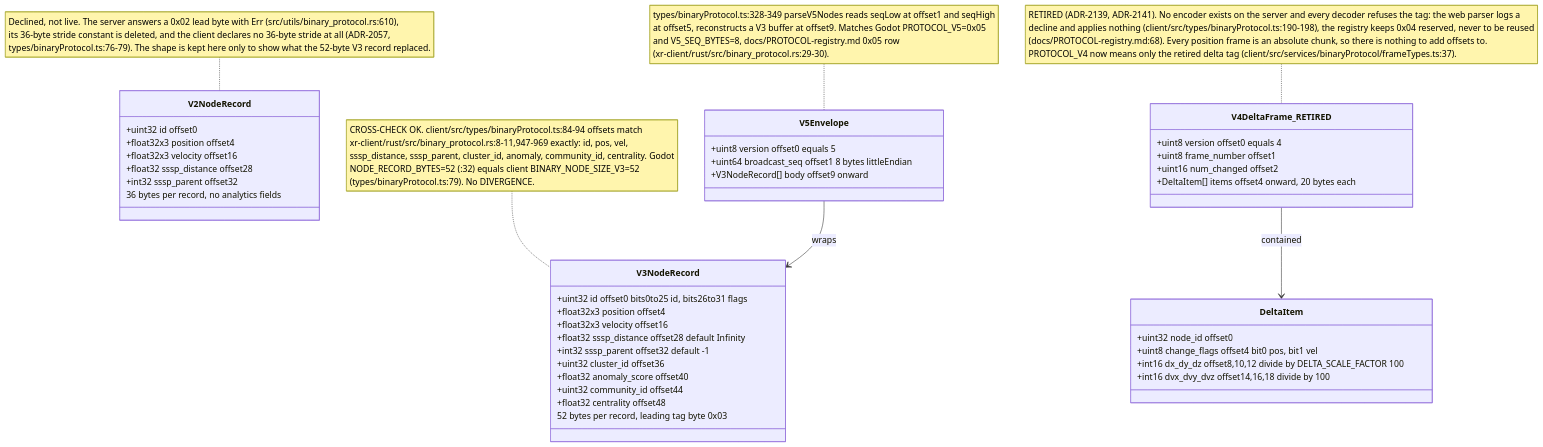
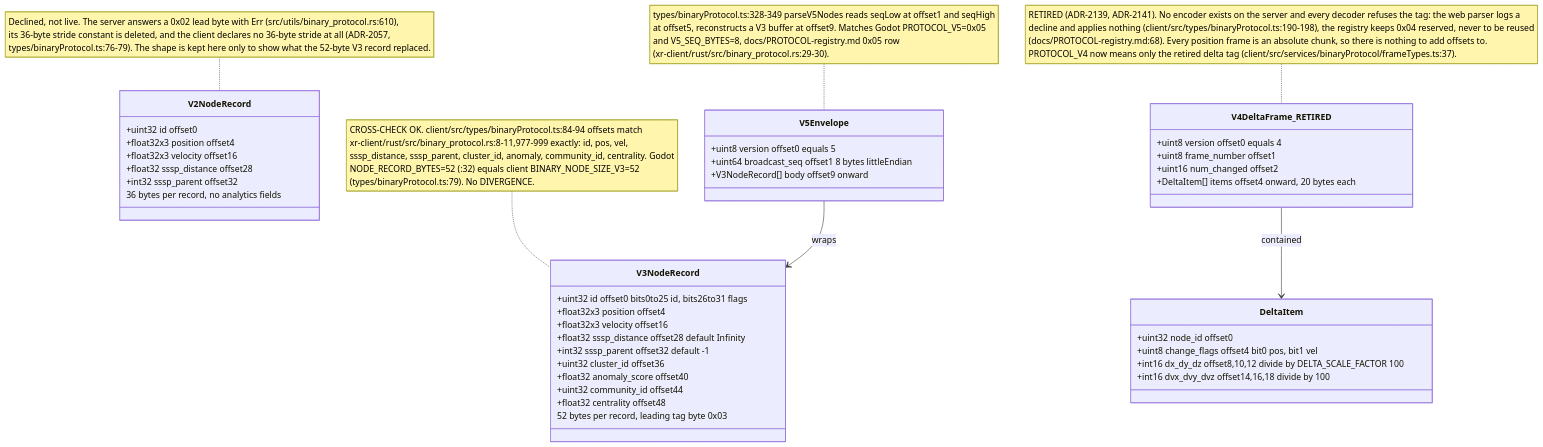
One commit to DreamLab-AI/VisionFlow changed the fifth of 15 diagrams in docs/diagrams/visionclaw/32-client-websocket-and-binary.md. Above: the diagram before and after it, drawn with Mermaid. The commit also changed other lines of this file and 24 other files, not shown here.

Commit message:
docs: align XR liveness, filtering and rendering diagrams (#33)

````diff
--- a/docs/diagrams/visionclaw/32-client-websocket-and-binary.md
+++ b/docs/diagrams/visionclaw/32-client-websocket-and-binary.md
@@ -265,46 +265,46 @@
 ```mermaid
 classDiagram
     class V3NodeRecord {
       +uint32 id  offset0  bits0to25 id, bits26to31 flags
       +float32x3 position  offset4
       +float32x3 velocity  offset16
       +float32 sssp_distance  offset28  default Infinity
       +int32 sssp_parent  offset32  default -1
       +uint32 cluster_id  offset36
       +float32 anomaly_score  offset40
       +uint32 community_id  offset44
       +float32 centrality  offset48
       52 bytes per record, leading tag byte 0x03
     }
     class V2NodeRecord {
       +uint32 id  offset0
       +float32x3 position  offset4
       +float32x3 velocity  offset16
       +float32 sssp_distance  offset28
       +int32 sssp_parent  offset32
       36 bytes per record, no analytics fields
     }
     class V5Envelope {
       +uint8 version  offset0  equals 5
       +uint64 broadcast_seq  offset1  8 bytes littleEndian
       +V3NodeRecord[] body  offset9 onward
     }
     class V4DeltaFrame_RETIRED {
       +uint8 version  offset0  equals 4
       +uint8 frame_number  offset1
       +uint16 num_changed  offset2
       +DeltaItem[] items  offset4 onward, 20 bytes each
     }
     class DeltaItem {
       +uint32 node_id  offset0
       +uint8 change_flags  offset4  bit0 pos, bit1 vel
       +int16 dx_dy_dz  offset8,10,12  divide by DELTA_SCALE_FACTOR 100
       +int16 dvx_dvy_dvz  offset14,16,18  divide by 100
     }
     V5Envelope --> V3NodeRecord : wraps
     V4DeltaFrame_RETIRED --> DeltaItem : contained
-    note for V3NodeRecord "CROSS-CHECK OK. client/src/types/binaryProtocol.ts:84-94 offsets match<br/>xr-client/rust/src/binary_protocol.rs:8-11,947-969 exactly: id, pos, vel,<br/>sssp_distance, sssp_parent, cluster_id, anomaly, community_id, centrality. Godot<br/>NODE_RECORD_BYTES=52 (:32) equals client BINARY_NODE_SIZE_V3=52<br/>(types/binaryProtocol.ts:79). No DIVERGENCE."
+    note for V3NodeRecord "CROSS-CHECK OK. client/src/types/binaryProtocol.ts:84-94 offsets match<br/>xr-client/rust/src/binary_protocol.rs:8-11,977-999 exactly: id, pos, vel,<br/>sssp_distance, sssp_parent, cluster_id, anomaly, community_id, centrality. Godot<br/>NODE_RECORD_BYTES=52 (:32) equals client BINARY_NODE_SIZE_V3=52<br/>(types/binaryProtocol.ts:79). No DIVERGENCE."
     note for V2NodeRecord "Declined, not live. The server answers a 0x02 lead byte with Err (src/utils/binary_protocol.rs:610),<br/>its 36-byte stride constant is deleted, and the client declares no 36-byte stride at all (ADR-2057,<br/>types/binaryProtocol.ts:76-79). The shape is kept here only to show what the 52-byte V3 record replaced."
     note for V5Envelope "types/binaryProtocol.ts:328-349 parseV5Nodes reads seqLow at offset1 and seqHigh<br/>at offset5, reconstructs a V3 buffer at offset9. Matches Godot PROTOCOL_V5=0x05<br/>and V5_SEQ_BYTES=8, docs/PROTOCOL-registry.md 0x05 row<br/>(xr-client/rust/src/binary_protocol.rs:29-30)."
     note for V4DeltaFrame_RETIRED "RETIRED (ADR-2139, ADR-2141). No encoder exists on the server and every decoder refuses the tag: the web parser logs a<br/>decline and applies nothing (client/src/types/binaryProtocol.ts:190-198), the registry keeps 0x04 reserved, never to be reused<br/>(docs/PROTOCOL-registry.md:68). Every position frame is an absolute chunk, so there is nothing to add offsets to.<br/>PROTOCOL_V4 now means only the retired delta tag (client/src/services/binaryProtocol/frameTypes.ts:37)."
 ```
````
